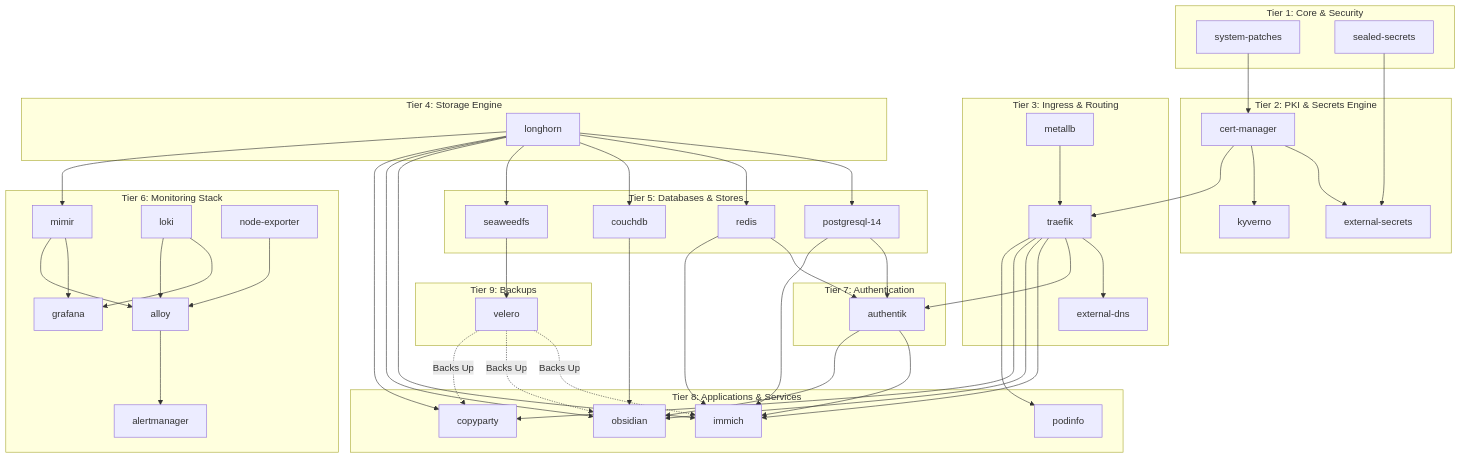
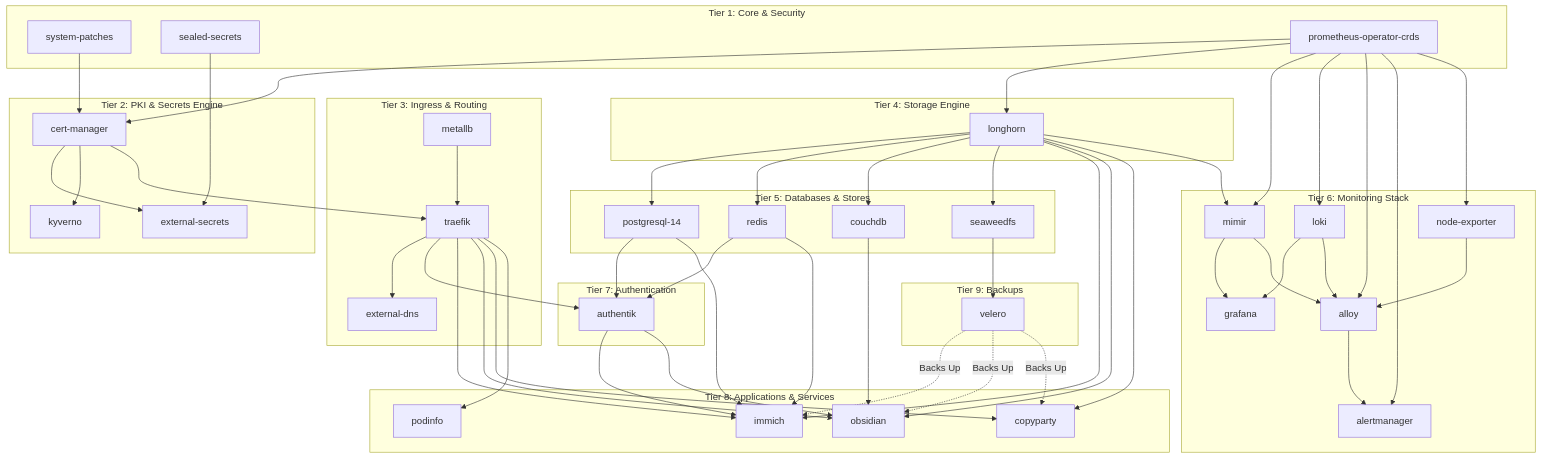
Before and after one commit to sinhaaritro/platform-stack: the diagram in docs/app_pattern/app-dependency.md, drawn with Mermaid. The commit also changed other lines of this file and 5 other files, not shown here.

```diff
--- a/docs/app_pattern/app-dependency.md
+++ b/docs/app_pattern/app-dependency.md
@@ -70,6 +71,7 @@
     subgraph Layer0 ["Tier 1: Core & Security"]
         sys_patch[system-patches]
         seal[sealed-secrets]
+        prom_crds[prometheus-operator-crds]
     end
 
     subgraph Layer1 ["Tier 2: PKI & Secrets Engine"]
@@ -123,6 +125,13 @@
     sys_patch --> cert
     cert --> ext_sec
     cert --> kyver
+    prom_crds --> cert
+    prom_crds --> lh
+    prom_crds --> mimir
+    prom_crds --> loki
+    prom_crds --> alloy
+    prom_crds --> alert
+    prom_crds --> node_exp
     seal --> ext_sec
 
     mlb --> traf
```
